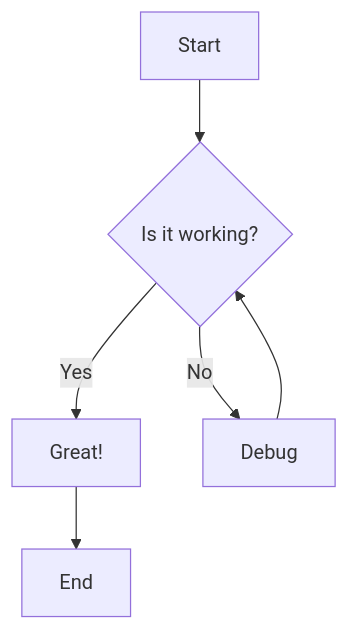
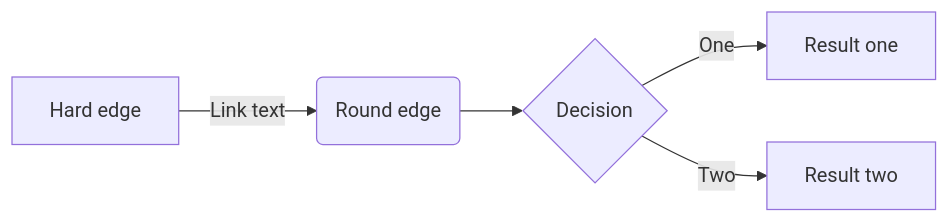
The third of 4 diagrams in docs/mermaid-test.md (vishalm/agentcare), drawn with Mermaid before and after one commit. The commit also changed other lines of this file and 9 other files, not shown here.

````diff
--- a/docs/mermaid-test.md
+++ b/docs/mermaid-test.md
@@ -13,8 +34,7 @@
-```mermaid
-graph TD
-    A[Start] --> B{Is it working?}
-    B -->|Yes| C[Great!]
-    B -->|No| D[Debug]
-    D --> B
-    C --> E[End]
-```
+<div class="mermaid">
+graph LR
+    A[Hard edge] -->|Link text| B(Round edge)
+    B --> C{Decision}
+    C -->|One| D[Result one]
+    C -->|Two| E[Result two]
+</div>
````
